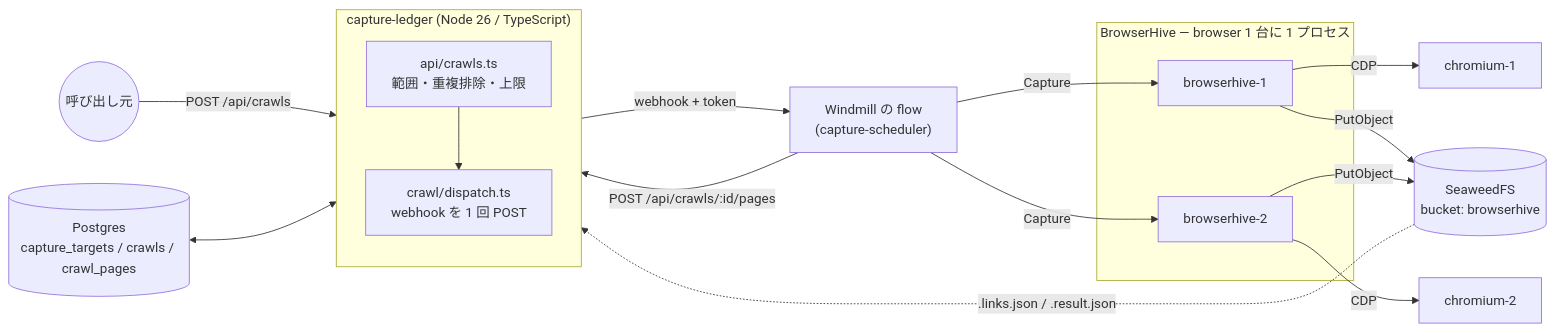
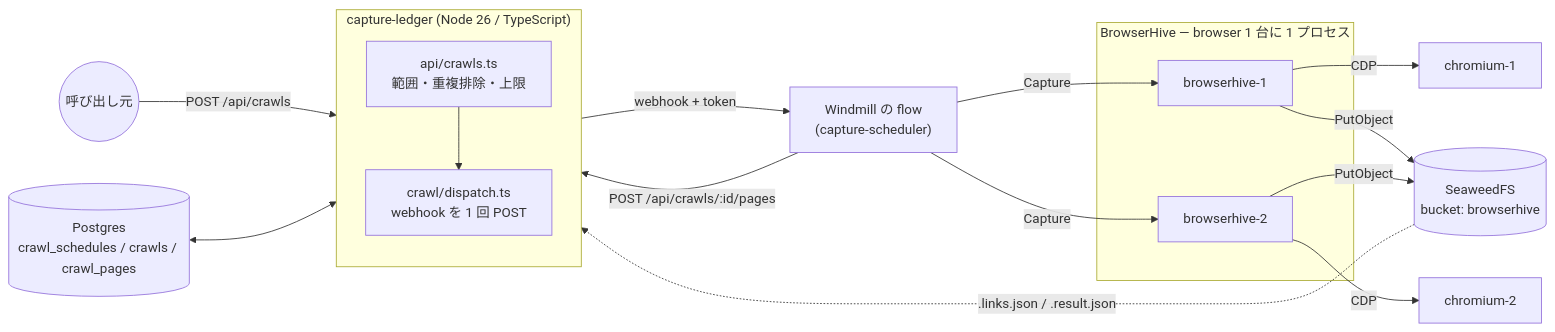
The first of 2 diagrams in docs-site/src/content/docs/ja/architecture.mdx (uraitakahito/capture-ledger), drawn with Mermaid before and after one commit. The commit also changed other lines of this file and 53 other files, not shown here.

First line of the commit message:
feat!: capture_targets・fromTargets・db:seed を消す（CAPTURE-176） (#482)

````diff
--- a/docs-site/src/content/docs/ja/architecture.mdx
+++ b/docs-site/src/content/docs/ja/architecture.mdx
@@ -8,24 +8,24 @@
 ```mermaid
 flowchart LR
   U((呼び出し元)) -->|"POST /api/crawls"| W
-  PG[("Postgres<br/>capture_targets / crawls / crawl_pages")] <--> W
+  PG[("Postgres<br/>crawl_schedules / crawls / crawl_pages")] <--> W
   subgraph W["capture-ledger (Node 26 / TypeScript)"]
     direction TB
     API["api/crawls.ts<br/>範囲・重複排除・上限"]
     DIS["crawl/dispatch.ts<br/>webhook を 1 回 POST"]
     API --> DIS
   end
   DIS -->|"webhook + token"| WM["Windmill の flow<br/>(capture-scheduler)"]
   WM -->|Capture| BH1
   WM -->|Capture| BH2
   subgraph BH["BrowserHive — browser 1 台に 1 プロセス"]
     BH1[browserhive-1]
     BH2[browserhive-2]
   end
   BH1 -->|CDP| C1[chromium-1]
   BH2 -->|CDP| C2[chromium-2]
   BH1 -->|PutObject| S3[(SeaweedFS<br/>bucket: browserhive)]
   BH2 -->|PutObject| S3
   WM -->|"POST /api/crawls/:id/pages"| API
   S3 -.->|".links.json / .result.json"| API
 ```
````
